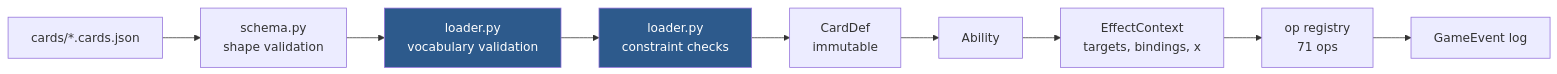
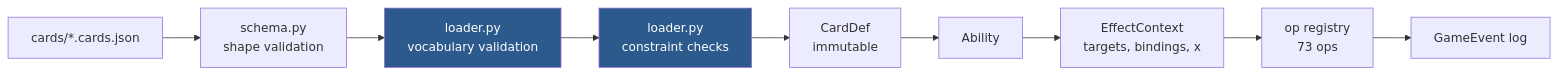
One commit to TylerGauntlett/commander-blitz changed the diagram in docs/card-dsl.md. Above: the diagram before and after it, drawn with Mermaid. The commit also changed other lines of this file and 5 other files, not shown here.

````diff
--- a/docs/card-dsl.md
+++ b/docs/card-dsl.md
@@ -6,14 +6,14 @@
 ```mermaid
 flowchart LR
     json["cards/*.cards.json"] --> pydantic["schema.py<br/>shape validation"]
     pydantic --> vocab["loader.py<br/>vocabulary validation"]
     vocab --> constraints["loader.py<br/>constraint checks"]
     constraints --> carddef["CardDef<br/>immutable"]
     carddef --> ability["Ability"]
     ability --> ctx["EffectContext<br/>targets, bindings, x"]
-    ctx --> ops["op registry<br/>71 ops"]
+    ctx --> ops["op registry<br/>73 ops"]
     ops --> events["GameEvent log"]
 
     style vocab fill:#2d5a8c,color:#fff
     style constraints fill:#2d5a8c,color:#fff
 ```
````
